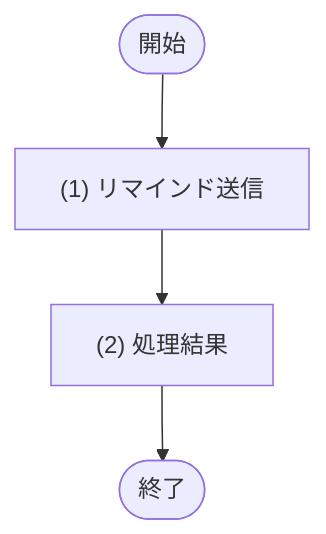
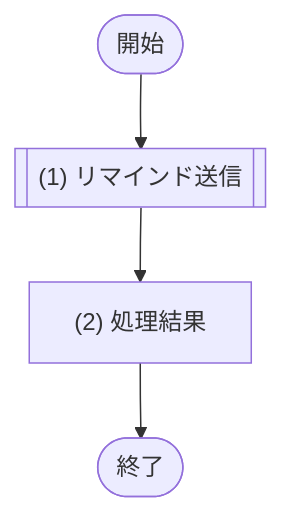
One commit to sikakou54/system-document-template changed the diagram in docs/03_機能設計/04_JOB設計/JOB-001_予約リマインド通知.md. Above: the diagram before and after it, drawn with Mermaid. The commit also changed 28 other files, not shown here.

````diff
--- a/docs/03_機能設計/04_JOB設計/JOB-001_予約リマインド通知.md
+++ b/docs/03_機能設計/04_JOB設計/JOB-001_予約リマインド通知.md
@@ -32,9 +32,9 @@
 ```mermaid
 flowchart TD
   Start([開始])
-  P1["(1) リマインド送信"]
+  P1[["(1) リマインド送信"]]
   P2["(2) 処理結果"]
   End([終了])
 
   Start --> P1 --> P2 --> End
 ```
````
